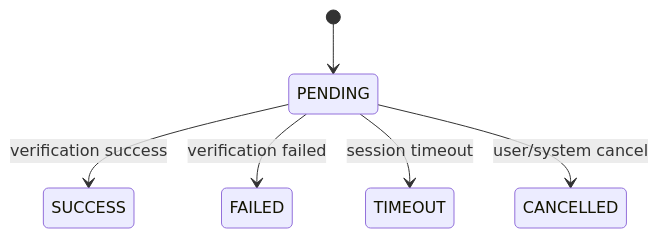
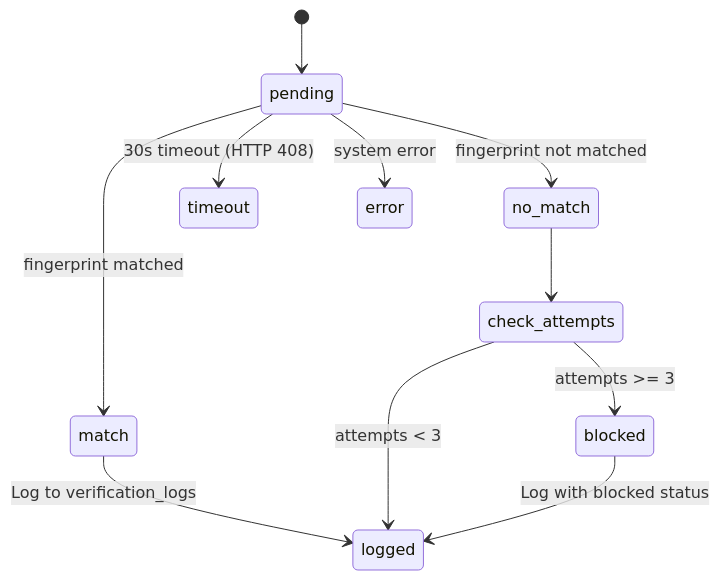
Diagram 17 of 19 in docs/Fingerscan/FSD_Fingerscan_Biometrik.md (wisnu/ibank-docs), drawn with Mermaid before and after one commit. The commit also changed other lines of this file, not shown here.

````diff
--- a/docs/Fingerscan/FSD_Fingerscan_Biometrik.md
+++ b/docs/Fingerscan/FSD_Fingerscan_Biometrik.md
@@ -1611,8 +1680,14 @@
 ```mermaid
 stateDiagram-v2
-    [*] --> PENDING
-    PENDING --> SUCCESS: verification success
-    PENDING --> FAILED: verification failed
-    PENDING --> TIMEOUT: session timeout
-    PENDING --> CANCELLED: user/system cancel
+    [*] --> pending
+    pending --> match: fingerprint matched
+    pending --> no_match: fingerprint not matched
+    pending --> timeout: 30s timeout (HTTP 408)
+    pending --> error: system error
+
+    match --> logged: Log to verification_logs
+    no_match --> check_attempts
+    check_attempts --> logged: attempts < 3
+    check_attempts --> blocked: attempts >= 3
+    blocked --> logged: Log with blocked status
 ```
````
